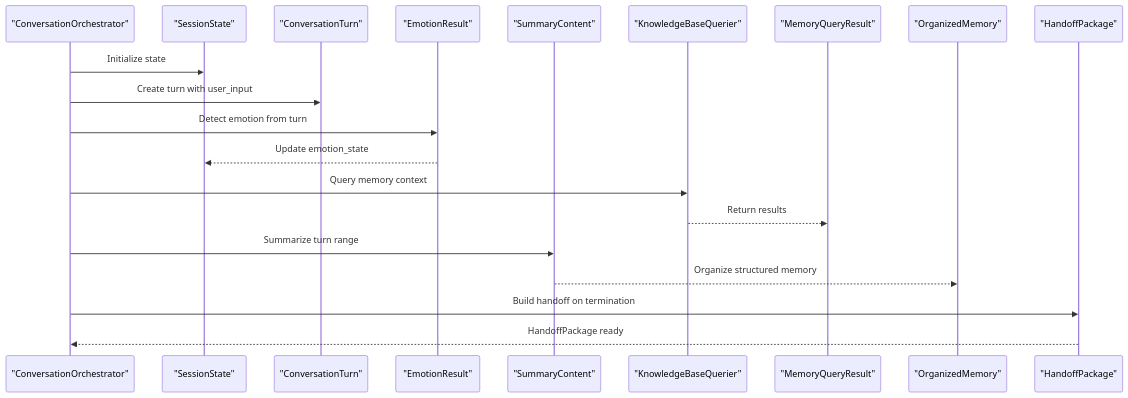
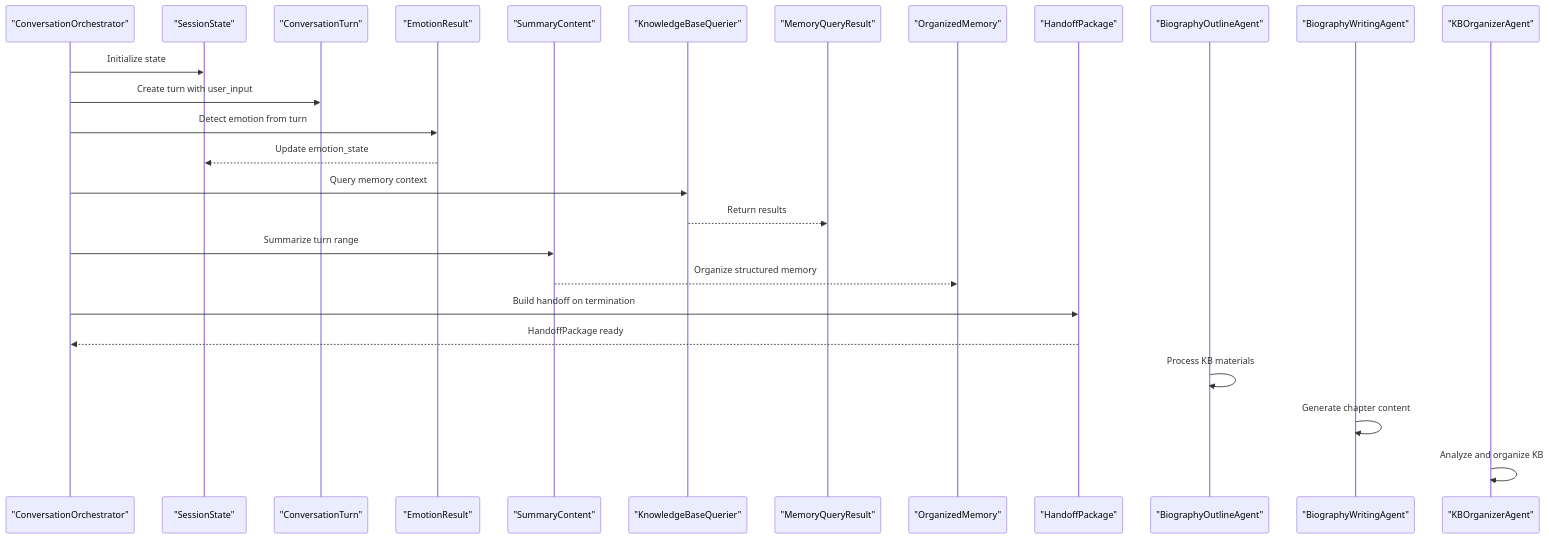
One commit to WangYiKai1017/zizuan changed the second of 11 diagrams in .qoder/repowiki/en/content/Data Models/Data Models.md. Above: the diagram before and after it, drawn with Mermaid. The commit also changed other lines of this file and 31 other files, not shown here.

````diff
--- a/.qoder/repowiki/en/content/Data Models/Data Models.md
+++ b/.qoder/repowiki/en/content/Data Models/Data Models.md
@@ -323,22 +521,28 @@
 ```mermaid
 sequenceDiagram
 participant Orchestrator as "ConversationOrchestrator"
 participant Session as "SessionState"
 participant Turn as "ConversationTurn"
 participant Emotion as "EmotionResult"
 participant Sum as "SummaryContent"
 participant KB as "KnowledgeBaseQuerier"
 participant Mem as "MemoryQueryResult"
 participant Org as "OrganizedMemory"
 participant HP as "HandoffPackage"
+participant BioOutline as "BiographyOutlineAgent"
+participant BioWrite as "BiographyWritingAgent"
+participant KBOrg as "KBOrganizerAgent"
 Orchestrator->>Session : Initialize state
 Orchestrator->>Turn : Create turn with user_input
 Orchestrator->>Emotion : Detect emotion from turn
 Emotion-->>Session : Update emotion_state
 Orchestrator->>KB : Query memory context
 KB-->>Mem : Return results
 Orchestrator->>Sum : Summarize turn range
 Sum-->>Org : Organize structured memory
 Orchestrator->>HP : Build handoff on termination
 HP-->>Orchestrator : HandoffPackage ready
+BioOutline->>BioOutline : Process KB materials
+BioWrite->>BioWrite : Generate chapter content
+KBOrg->>KBOrg : Analyze and organize KB
 ```
````
